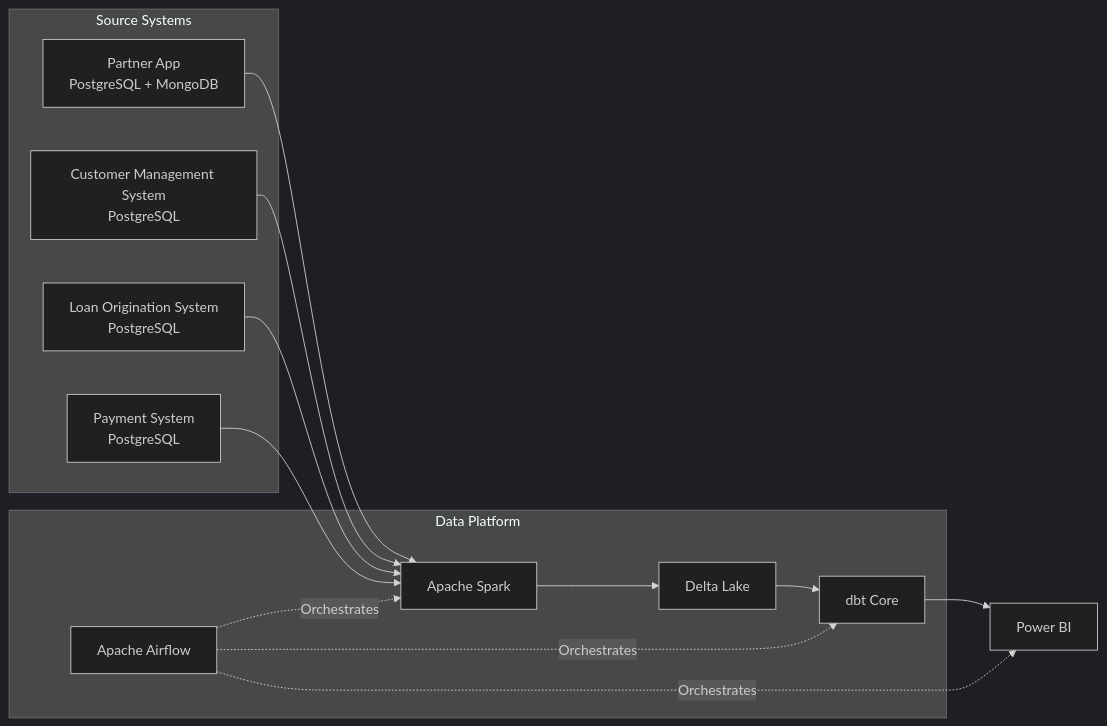
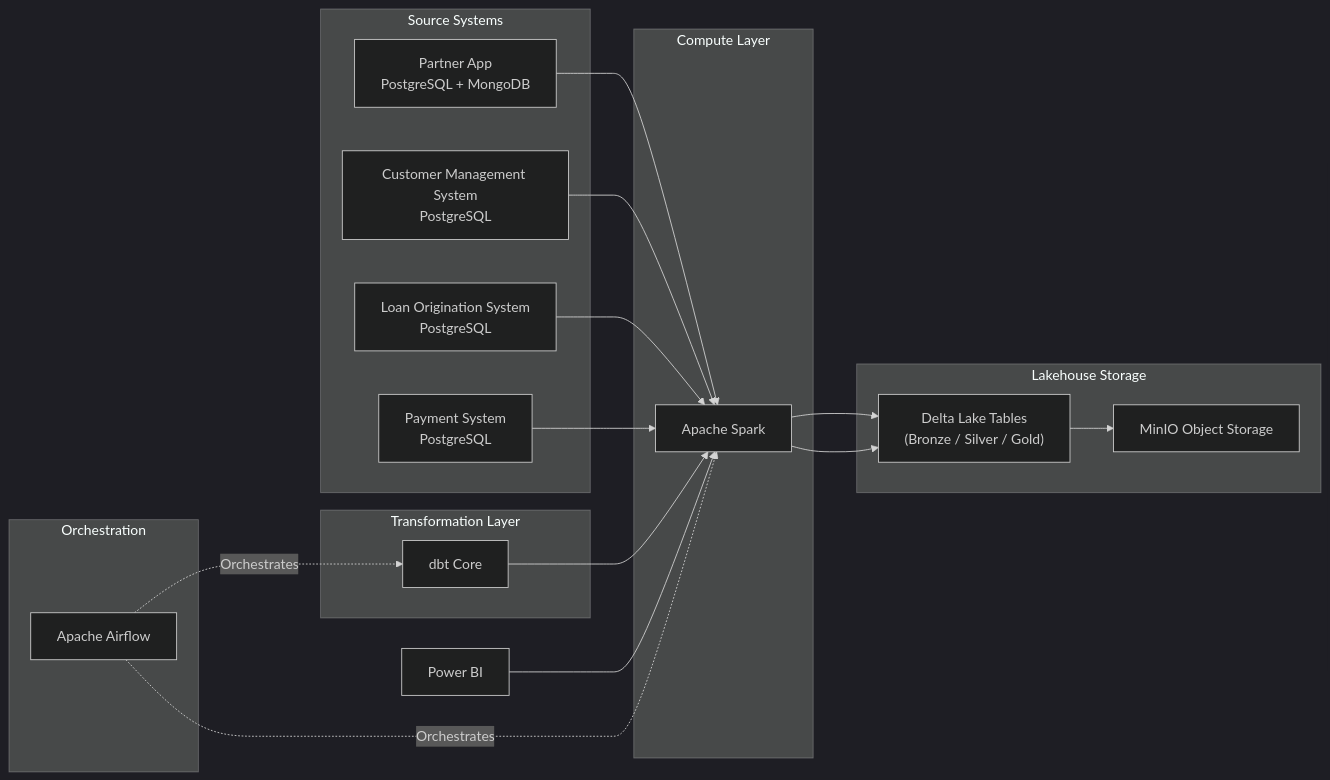
Before and after one commit to kianlecode/consumer-finance-analytics-platform: the diagram in docs/05_Technical_Architecture.md, drawn with Mermaid (dark theme). The commit also changed other lines of this file, not shown here.

````diff
--- a/docs/05_Technical_Architecture.md
+++ b/docs/05_Technical_Architecture.md
@@ -17,44 +17,61 @@
 ```mermaid
 flowchart LR
 
 subgraph SourceSystems["Source Systems"]
 
 Partner["Partner App<br/>PostgreSQL + MongoDB"]
 
 CMS["Customer Management System<br/>PostgreSQL"]
 
 LOS["Loan Origination System<br/>PostgreSQL"]
 
 Payment["Payment System<br/>PostgreSQL"]
 
 end
 
-subgraph DataPlatform["Data Platform"]
+subgraph Compute["Compute Layer"]
 
 Spark["Apache Spark"]
 
-Lakehouse["Delta Lake"]
+end
+
+subgraph Storage["Lakehouse Storage"]
+
+MinIO["MinIO Object Storage"]
+
+Delta["Delta Lake Tables<br/>(Bronze / Silver / Gold)"]
+
+end
+
+subgraph Transformation["Transformation Layer"]
 
 DBT["dbt Core"]
+
+end
+
+subgraph Orchestration["Orchestration"]
 
 Airflow["Apache Airflow"]
 
 end
 
 PowerBI["Power BI"]
 
+
 Partner --> Spark
 CMS --> Spark
 LOS --> Spark
 Payment --> Spark
 
-Spark --> Lakehouse
+Spark --> Delta
+Delta --> MinIO
 
-Lakehouse --> DBT
+DBT --> Spark
 
-DBT --> PowerBI
+Spark --> Delta
+
+PowerBI --> Spark
 
 Airflow -. Orchestrates .-> Spark
 Airflow -. Orchestrates .-> DBT
-Airflow -. Orchestrates .-> PowerBI
 ```
````
